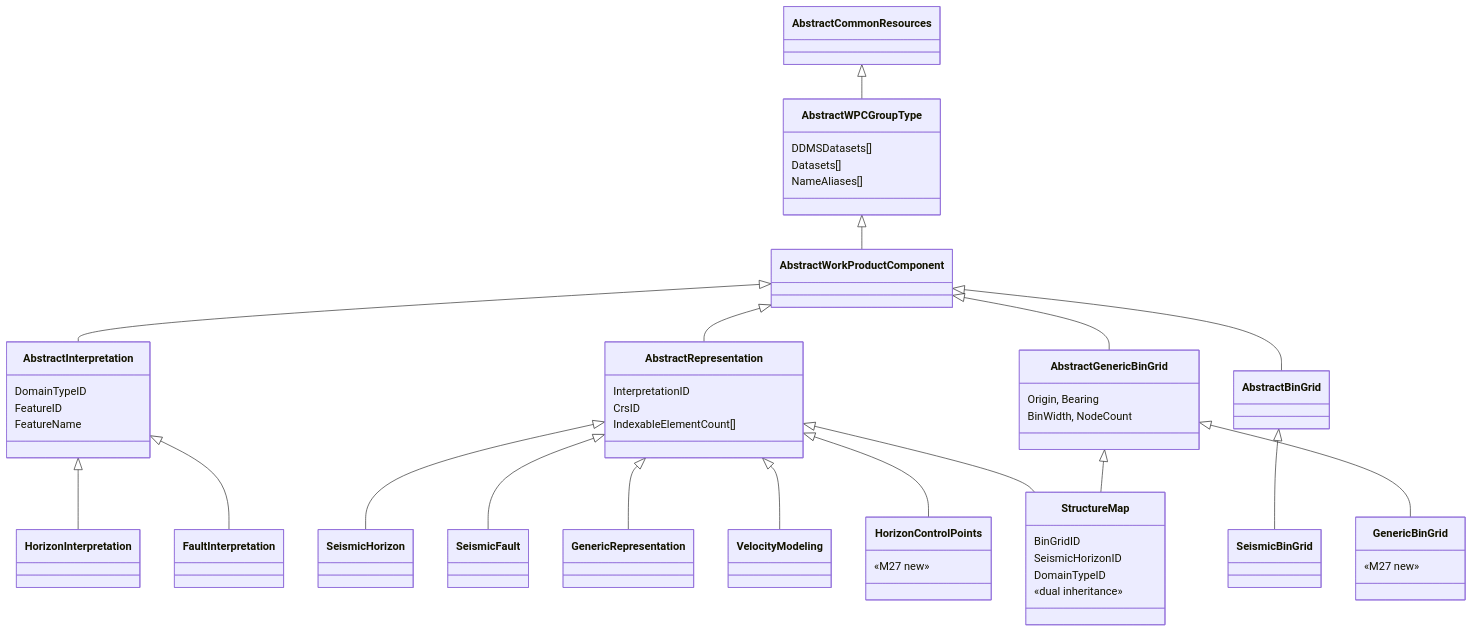
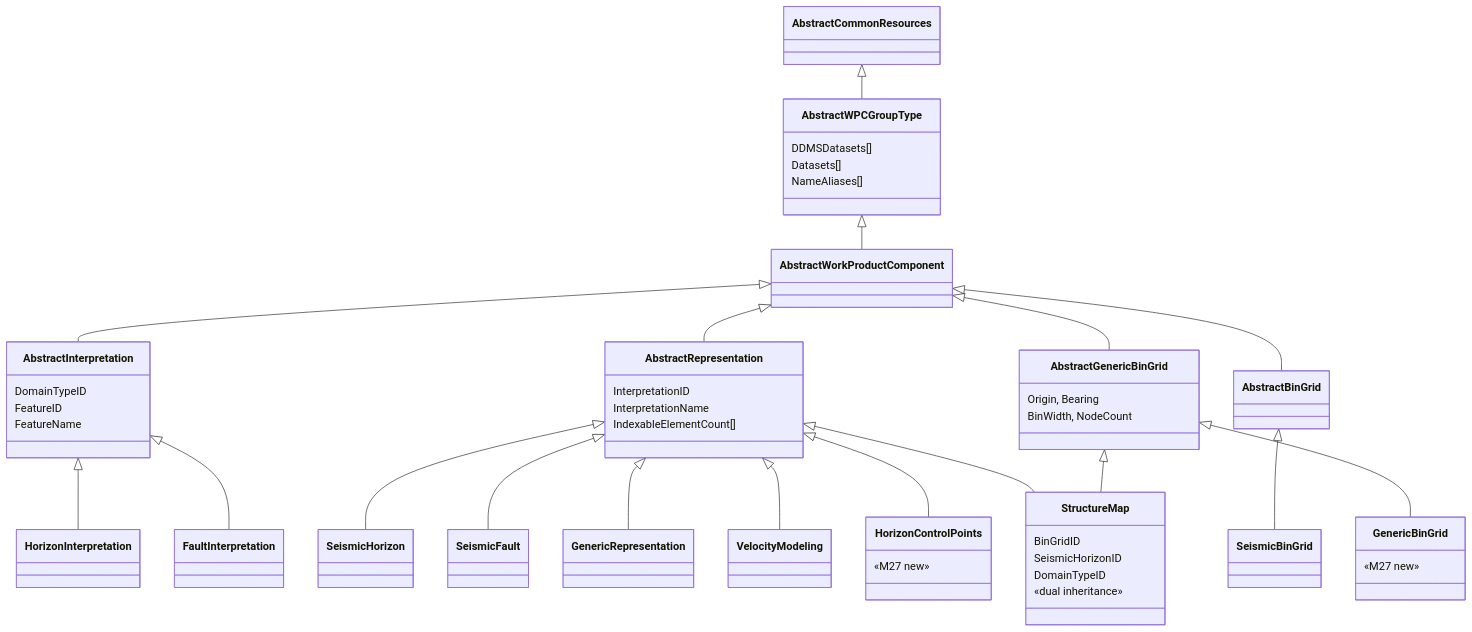
Before and after one commit to marcusapel/ores: the second of 12 diagrams in md/SeisInt.md, drawn with Mermaid. The commit also changed other lines of this file and 61 other files, not shown here.

````diff
--- a/md/SeisInt.md
+++ b/md/SeisInt.md
@@ -151,58 +164,58 @@
 ```mermaid
 classDiagram
     direction TB
 
     AbstractCommonResources <|-- AbstractWPCGroupType
     AbstractWPCGroupType <|-- AbstractWorkProductComponent
 
     AbstractWorkProductComponent <|-- AbstractInterpretation
     AbstractInterpretation <|-- HorizonInterpretation
     AbstractInterpretation <|-- FaultInterpretation
 
     AbstractWorkProductComponent <|-- AbstractRepresentation
     AbstractRepresentation <|-- SeismicHorizon
     AbstractRepresentation <|-- SeismicFault
     AbstractRepresentation <|-- GenericRepresentation
     AbstractRepresentation <|-- VelocityModeling
     AbstractRepresentation <|-- HorizonControlPoints
     AbstractRepresentation <|-- StructureMap
     AbstractGenericBinGrid <|-- StructureMap
 
     AbstractWorkProductComponent <|-- AbstractBinGrid
     AbstractBinGrid <|-- SeismicBinGrid
 
     AbstractWorkProductComponent <|-- AbstractGenericBinGrid
     AbstractGenericBinGrid <|-- GenericBinGrid
 
     class AbstractWPCGroupType {
         DDMSDatasets[]
         Datasets[]
         NameAliases[]
     }
     class AbstractInterpretation {
         DomainTypeID
         FeatureID
         FeatureName
     }
     class AbstractRepresentation {
         InterpretationID
-        CrsID
+        InterpretationName
         IndexableElementCount[]
     }
     class AbstractGenericBinGrid {
         Origin, Bearing
         BinWidth, NodeCount
     }
     class StructureMap {
         BinGridID
         SeismicHorizonID
         DomainTypeID
         «dual inheritance»
     }
     class HorizonControlPoints {
         «M27 new»
     }
     class GenericBinGrid {
         «M27 new»
     }
 ```
````
